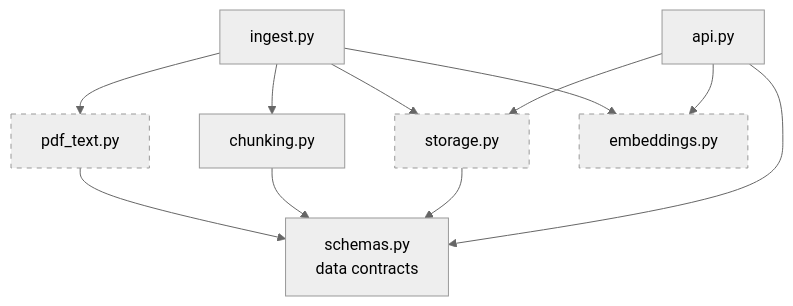
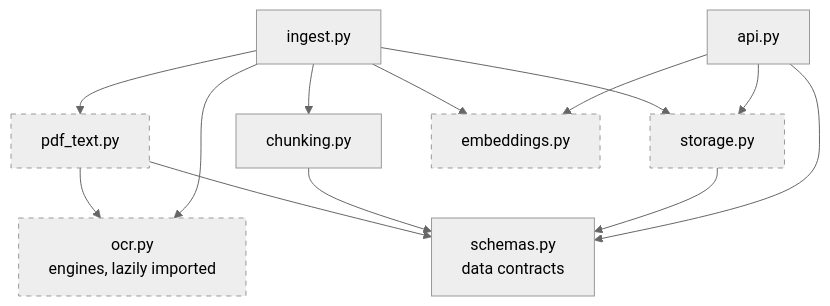
One commit to soneeee22000/pdf-search-api changed the third of 3 diagrams in README.md. Above: the diagram before and after it, drawn with Mermaid (neutral theme). The commit also changed other lines of this file and 6 other files, not shown here.

````diff
--- a/README.md
+++ b/README.md
@@ -296,17 +302,20 @@
 ```mermaid
 flowchart TD
   schemas["schemas.py<br/>data contracts"]
+  ocr["ocr.py<br/>engines, lazily imported"]
   pdf_text[pdf_text.py] --> schemas
+  pdf_text --> ocr
   chunking[chunking.py] --> schemas
   storage[storage.py] --> schemas
   embeddings[embeddings.py]
   ingest[ingest.py] --> pdf_text
   ingest --> chunking
   ingest --> storage
   ingest --> embeddings
+  ingest --> ocr
   api[api.py] --> storage
   api --> embeddings
   api --> schemas
   classDef seam stroke-dasharray: 5 5
-  class pdf_text,embeddings,storage seam
+  class pdf_text,embeddings,storage,ocr seam
 ```
````
